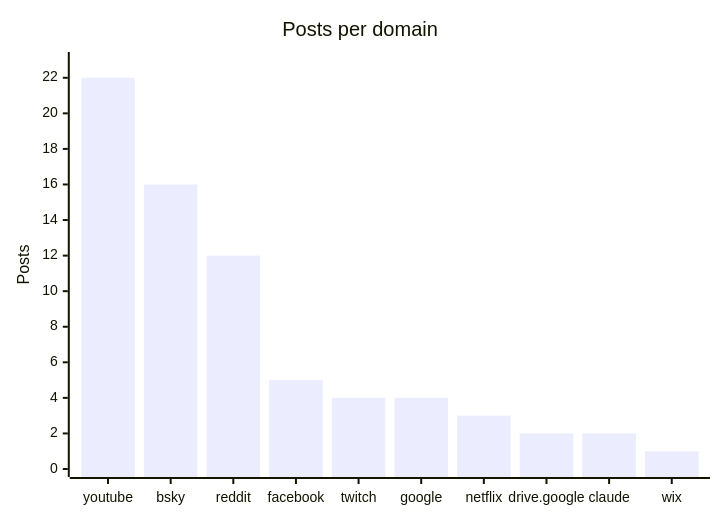
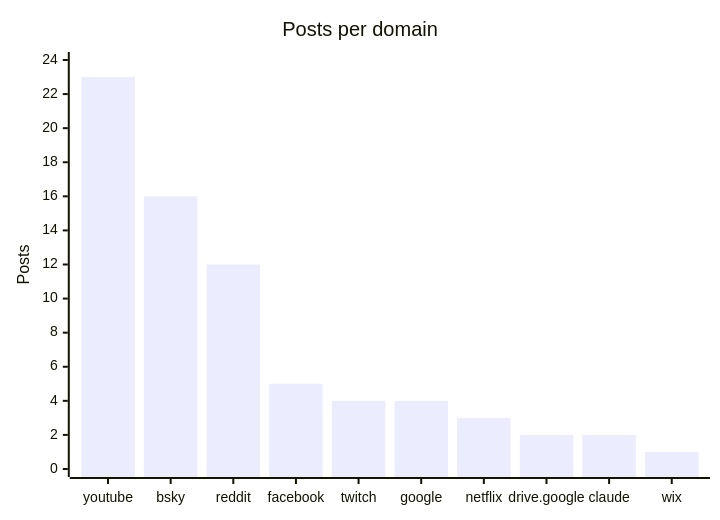
One commit to martinbalfanz/social-scanner-reports changed the fourth of 4 diagrams in README.md. Above: the diagram before and after it, drawn with Mermaid. The commit also changed other lines of this file and 2 other files, not shown here.

````diff
--- a/README.md
+++ b/README.md
@@ -58,7 +58,7 @@
 ```mermaid
 xychart-beta
     title "Posts per domain"
     x-axis ["youtube", "bsky", "reddit", "facebook", "twitch", "google", "netflix", "drive.google", "claude", "wix"]
-    y-axis "Posts" 0 --> 23
-    bar [22, 16, 12, 5, 4, 4, 3, 2, 2, 1]
+    y-axis "Posts" 0 --> 24
+    bar [23, 16, 12, 5, 4, 4, 3, 2, 2, 1]
 ```
````
